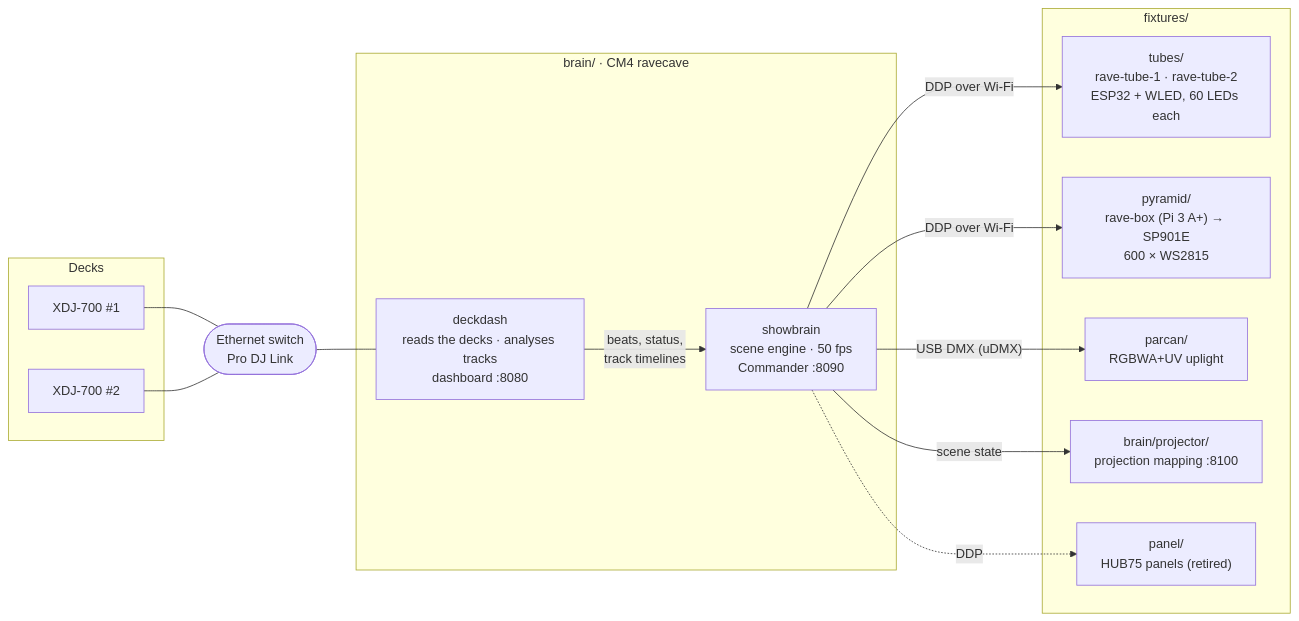
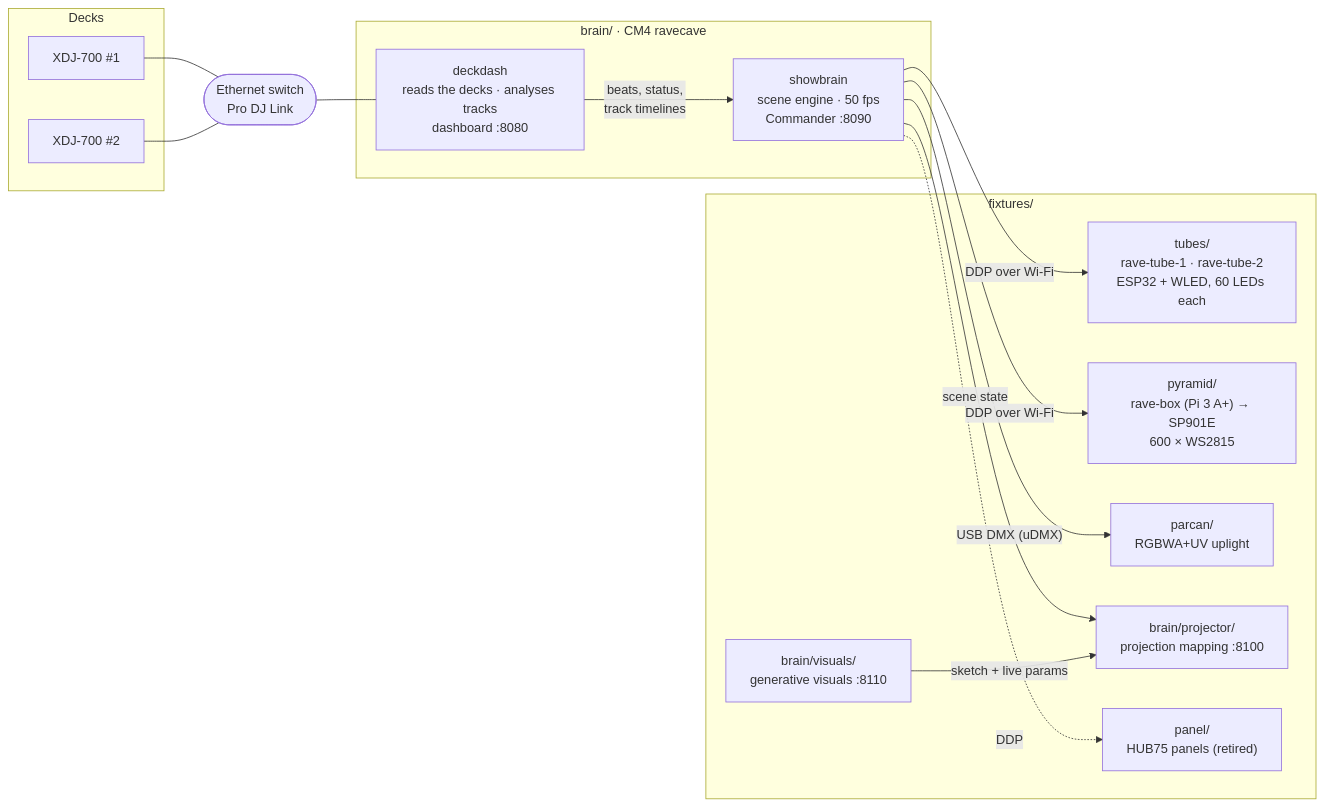
The diagram in README.md (AuClark/rave-cave), drawn with Mermaid before and after one commit. The commit also changed other lines of this file and 14 other files, not shown here.

First line of the commit message:
Generative visuals on :8110; surface corner radius and borders

````diff
--- a/README.md
+++ b/README.md
@@ -9,30 +9,32 @@
 ```mermaid
 flowchart LR
   subgraph decks ["Decks"]
     d1["XDJ-700 #1"]
     d2["XDJ-700 #2"]
   end
   sw(["Ethernet switch<br/>Pro DJ Link"])
   d1 --- sw
   d2 --- sw
 
   subgraph brain ["brain/ · CM4 ravecave"]
     dd["deckdash<br/>reads the decks · analyses tracks<br/>dashboard :8080"]
     sb["showbrain<br/>scene engine · 50 fps<br/>Commander :8090"]
     dd -->|"beats, status,<br/>track timelines"| sb
   end
   sw --- dd
 
   subgraph fixtures ["fixtures/"]
     tubes["tubes/<br/>rave-tube-1 · rave-tube-2<br/>ESP32 + WLED, 60 LEDs each"]
     pyr["pyramid/<br/>rave-box (Pi 3 A+) → SP901E<br/>600 × WS2815"]
     par["parcan/<br/>RGBWA+UV uplight"]
     proj["brain/projector/<br/>projection mapping :8100"]
+    vis["brain/visuals/<br/>generative visuals :8110"]
     panel["panel/<br/>HUB75 panels (retired)"]
   end
   sb -->|"DDP over Wi-Fi"| tubes
   sb -->|"DDP over Wi-Fi"| pyr
   sb -->|"USB DMX (uDMX)"| par
   sb -->|"scene state"| proj
+  vis -->|"sketch + live params"| proj
   sb -.->|"DDP"| panel
 ```
````
